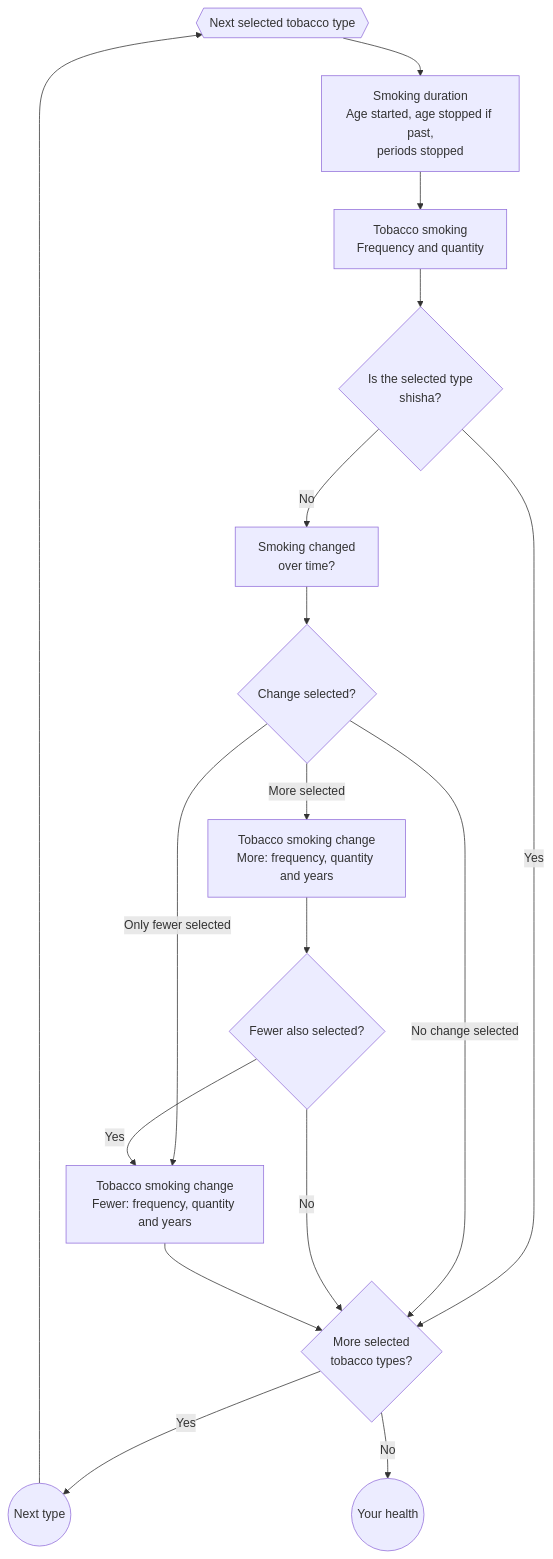
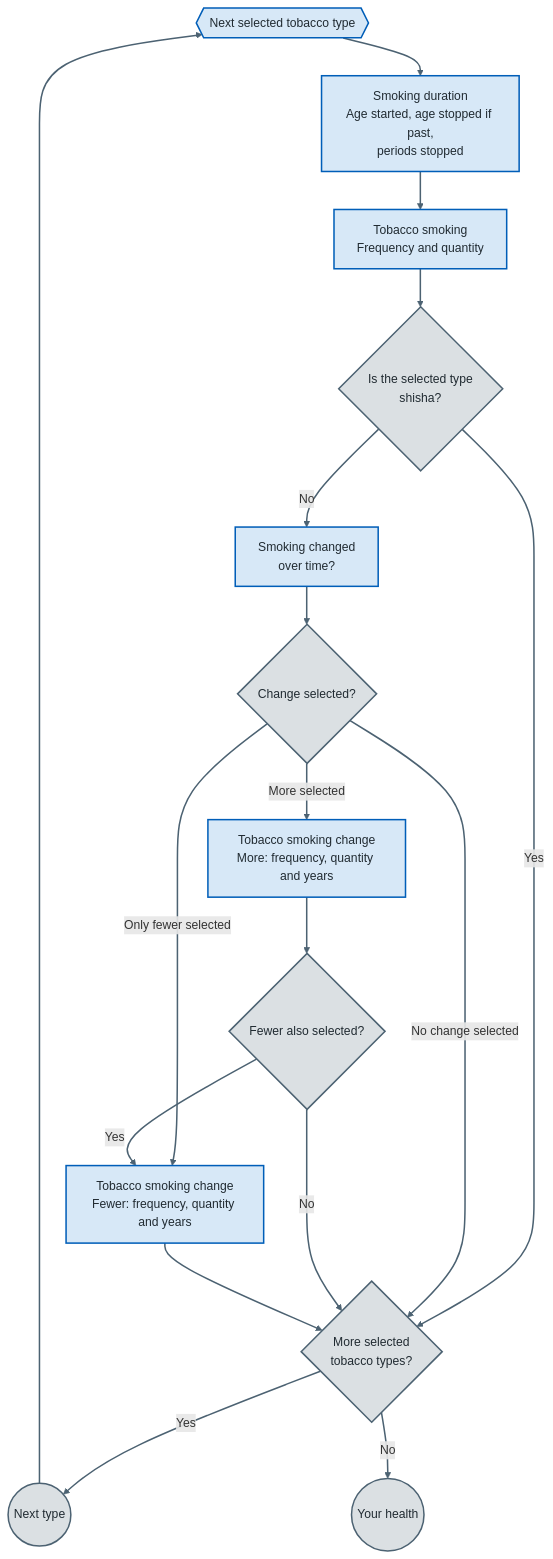
The second of 2 diagrams in app/prototype_v4_3/docs/question-flow.md (NHSDigital/prototype-lung-health-check), drawn with Mermaid before and after one commit. The commit also changed other lines of this file and 3 other files, not shown here.

Commit message:
Add colours to flowcharts

````diff
--- a/app/prototype_v4_3/docs/question-flow.md
+++ b/app/prototype_v4_3/docs/question-flow.md
@@ -99,24 +106,30 @@
 ```mermaid
 flowchart TD
   selectedType{{Next selected tobacco type}} --> duration["Smoking duration<br>Age started, age stopped if past,<br>periods stopped"]
   duration --> tobaccoSmoking["Tobacco smoking<br>Frequency and quantity"]
 
   tobaccoSmoking --> isShisha{"Is the selected type<br>shisha?"}
   isShisha -- Yes --> moreTypes
   isShisha -- No --> changed["Smoking changed<br>over time?"]
 
   changed --> changedDecision{"Change selected?"}
   changedDecision -- No change selected --> moreTypes
   changedDecision -- More selected --> moreChange["Tobacco smoking change<br>More: frequency, quantity and years"]
   moreChange --> fewerSelected{"Fewer also selected?"}
 
   changedDecision -- Only fewer selected --> fewerChange["Tobacco smoking change<br>Fewer: frequency, quantity and years"]
   fewerSelected -- Yes --> fewerChange
   fewerSelected -- No --> moreTypes
   fewerChange --> moreTypes
 
   moreTypes{"More selected<br>tobacco types?"}
   moreTypes -- Yes --> nextType((Next type))
   nextType --> selectedType
   moreTypes -- No --> health((Your health))
+  classDef controlFlow fill:#dbe0e3,stroke:#4c6272,color:#212b32,stroke-width:2px
+  classDef process fill:#d7e8f7,stroke:#005eb8,color:#212b32,stroke-width:2px
+  classDef data fill:#d9f3f0,stroke:#00a499,color:#212b32,stroke-width:2px
+  linkStyle default stroke:#4c6272,stroke-width:2px
+  class changedDecision,fewerSelected,health,isShisha,moreTypes,nextType controlFlow
+  class changed,duration,fewerChange,moreChange,selectedType,tobaccoSmoking process
 ```
````
